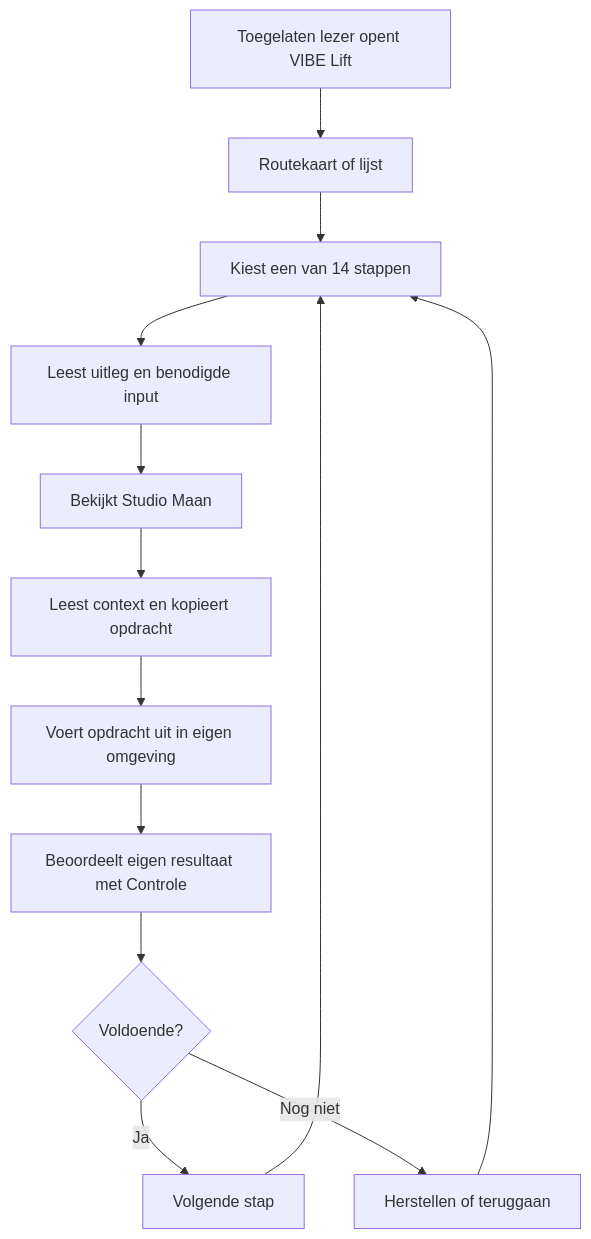
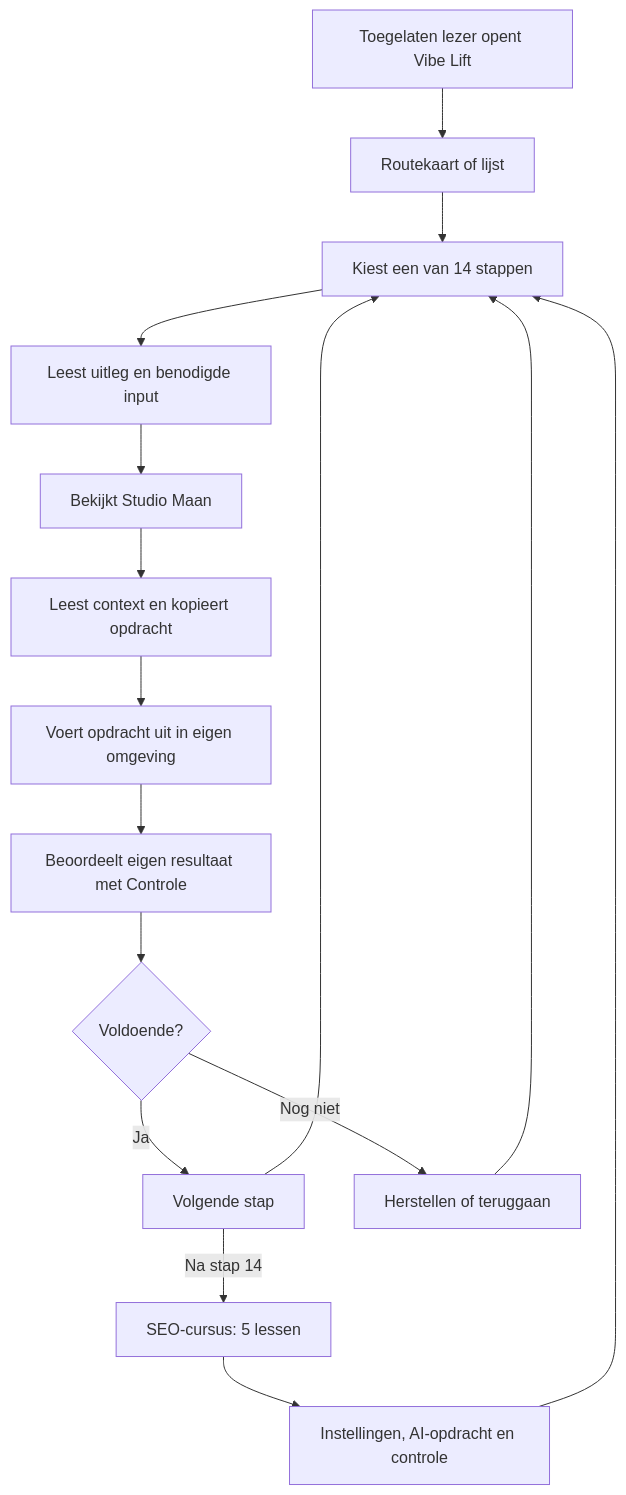
One commit to Mavas1976/Vibe-Lift changed the diagram in docs/APPLICATION_USER_OPERATING_MODEL.md. Above: the diagram before and after it, drawn with Mermaid. The commit also changed other lines of this file and 29 other files, not shown here.

Commit message:
Expand Vibe Lift with AI tool guidance, SEO course and weightless identity

````diff
--- a/docs/APPLICATION_USER_OPERATING_MODEL.md
+++ b/docs/APPLICATION_USER_OPERATING_MODEL.md
@@ -68,15 +70,18 @@
 ```mermaid
 flowchart TD
-  A[Toegelaten lezer opent VIBE Lift] --> B[Routekaart of lijst]
+  A[Toegelaten lezer opent Vibe Lift] --> B[Routekaart of lijst]
   B --> C[Kiest een van 14 stappen]
   C --> D[Leest uitleg en benodigde input]
   D --> E[Bekijkt Studio Maan]
   E --> F[Leest context en kopieert opdracht]
   F --> G[Voert opdracht uit in eigen omgeving]
   G --> H[Beoordeelt eigen resultaat met Controle]
   H --> I{Voldoende?}
   I -->|Ja| J[Volgende stap]
   I -->|Nog niet| K[Herstellen of teruggaan]
   J --> C
+  J -->|Na stap 14| L[SEO-cursus: 5 lessen]
+  L --> M[Instellingen, AI-opdracht en controle]
+  M --> C
   K --> C
 ```
````
